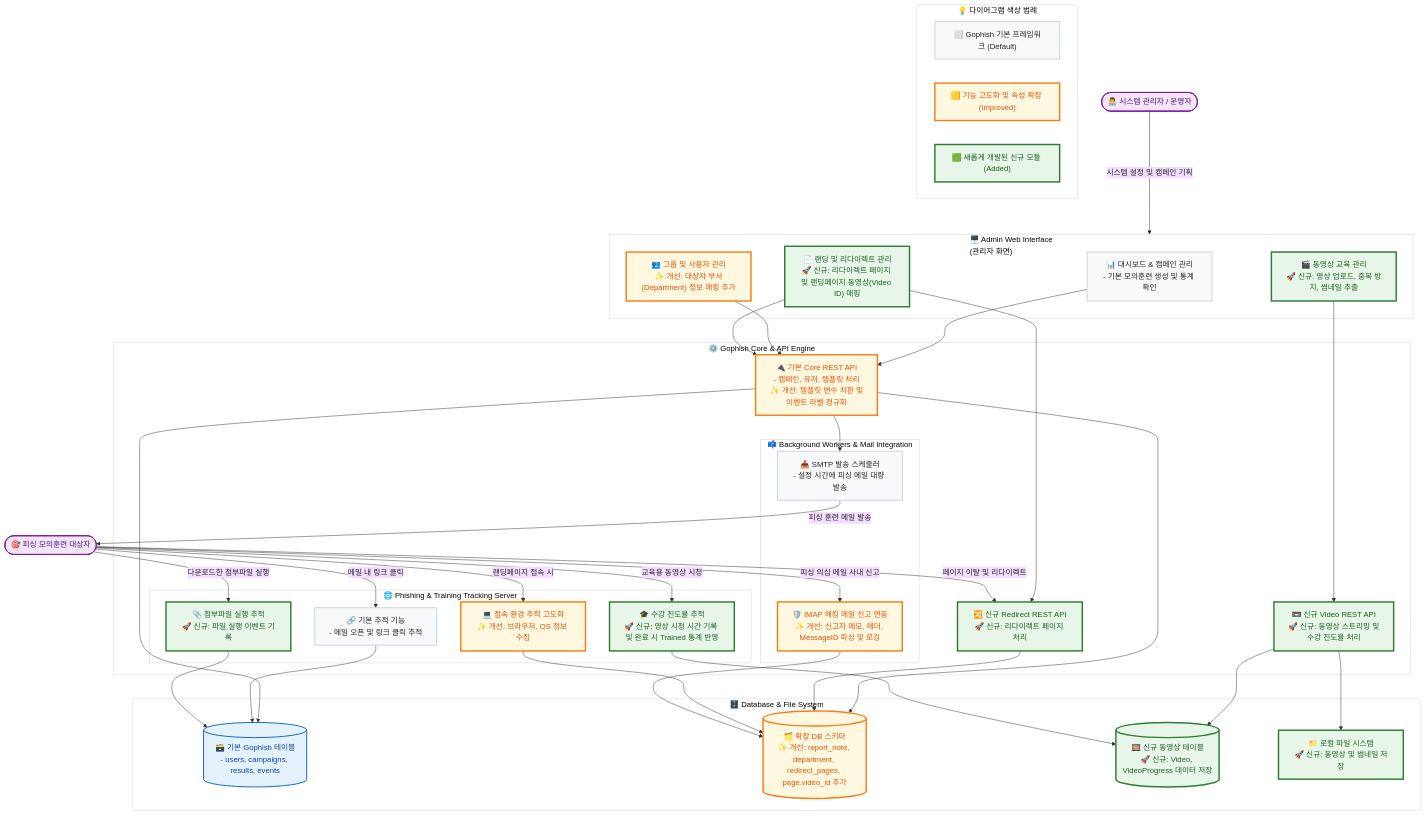
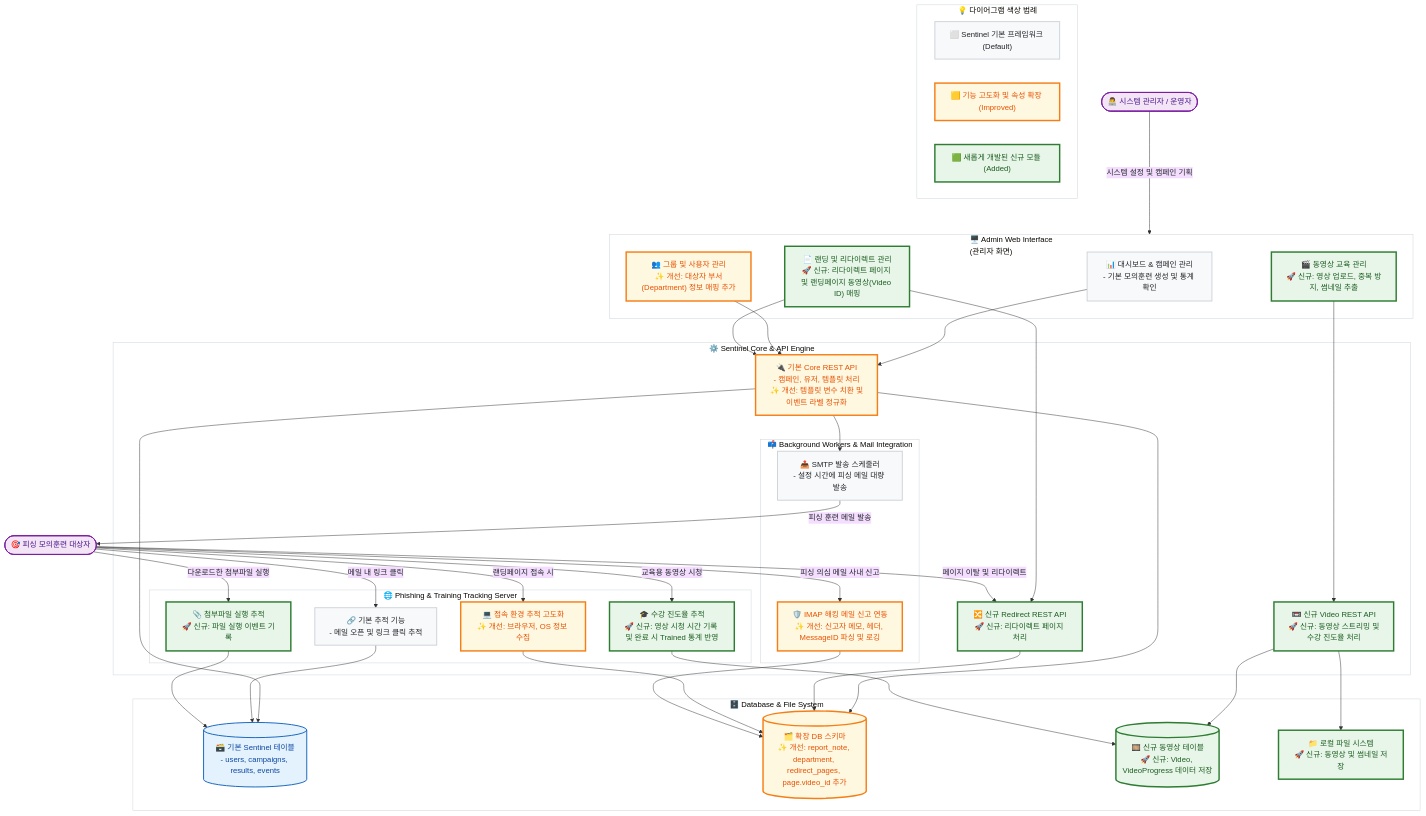
Before and after one commit to AegisAX/AegisCampus: the diagram in architecture.mmd, drawn with Mermaid. The commit also changed 4 other files, not shown here.

```diff
--- a/architecture.mmd
+++ b/architecture.mmd
@@ -1,78 +1,78 @@
 %%{init: {'theme': 'base', 'themeVariables': {'background': 'transparent', 'lineColor': '#333333', 'primaryTextColor': '#212529', 'clusterBkg': 'transparent', 'clusterBorder': '#ced4da'}}}%%
 graph TB
     classDef base fill:#f8f9fa,stroke:#ced4da,stroke-width:2px,color:#212529
     classDef added fill:#e8f5e9,stroke:#2e7d32,stroke-width:3px,color:#1b5e20
     classDef improved fill:#fff8e1,stroke:#f57f17,stroke-width:3px,color:#e65100
     classDef storage fill:#e3f2fd,stroke:#1565c0,stroke-width:2px,color:#0d47a1
     classDef actor fill:#f3e5f5,stroke:#7b1fa2,stroke-width:2px,color:#4a148c
 
     Admin(["👨‍💻 시스템 관리자 / 운영자"]):::actor
     Target(["🎯 피싱 모의훈련 대상자"]):::actor
 
     subgraph Admin_UI ["🖥️ Admin Web Interface<br/>(관리자 화면)"]
         UI_Camp["📊 대시보드 & 캠페인 관리<br/>- 기본 모의훈련 생성 및 통계 확인"]:::base
         UI_Target["👥 그룹 및 사용자 관리<br/>✨ 개선: 대상자 부서(Department) 정보 매핑 추가"]:::improved
         UI_Video["🎬 동영상 교육 관리<br/>🚀 신규: 영상 업로드, 중복 방지, 썸네일 추출"]:::added
         UI_Page["📄 랜딩 및 리다이렉트 관리<br/>🚀 신규: 리다이렉트 페이지 및 랜딩페이지 동영상(Video ID) 매핑"]:::added
     end
 
-    subgraph Backend_Core ["⚙️ Gophish Core & API Engine"]
+    subgraph Backend_Core ["⚙️ Sentinel Core & API Engine"]
         API_Main["🔌 기본 Core REST API<br/>- 캠페인, 유저, 템플릿 처리<br/>✨ 개선: 템플릿 변수 치환 및<br/>이벤트 라벨 정규화"]:::improved
         API_Video["📼 신규 Video REST API<br/>🚀 신규: 동영상 스트리밍 및<br/>수강 진도율 처리"]:::added
         API_Redirect["🔀 신규 Redirect REST API<br/>🚀 신규: 리다이렉트 페이지 처리"]:::added
         
         subgraph Tracking_Server ["🌐 Phishing & Training Tracking Server"]
             Track_Base["🔗 기본 추적 기능<br/>- 메일 오픈 및 링크 클릭 추적"]:::base
             Track_Env["💻 접속 환경 추적 고도화<br/>✨ 개선: 브라우저, OS 정보 수집"]:::improved
             Track_Attach["📎 첨부파일 실행 추적<br/>🚀 신규: 파일 실행 이벤트 기록"]:::added
             Track_Train["🎓 수강 진도율 추적<br/>🚀 신규: 영상 시청 시간 기록 및 완료 시 Trained 통계 반영"]:::added
         end
         
         subgraph Background_Workers ["📫 Background Workers & Mail Integration"]
             Worker_SMTP["📤 SMTP 발송 스케줄러<br/>- 설정 시간에 피싱 메일 대량 발송"]:::base
             IMAP_Monitor["🛡️ IMAP 해킹 메일 신고 연동<br/>✨ 개선: 신고자 메모, 헤더, MessageID 파싱 및 로깅"]:::improved
         end
     end
 
     subgraph Storage ["🗄️ Database & File System"]
-        DB_Base[("🗃️ 기본 Gophish 테이블<br/>- users, campaigns, results, events")]:::storage
+        DB_Base[("🗃️ 기본 Sentinel 테이블<br/>- users, campaigns, results, events")]:::storage
         DB_Ext[("🗂️ 확장 DB 스키마<br/>✨ 개선: report_note, department, redirect_pages, page.video_id 추가")]:::improved
         DB_Video[("🎞️ 신규 동영상 테이블<br/>🚀 신규: Video, VideoProgress 데이터 저장")]:::added
         FS_Video["📁 로컬 파일 시스템<br/>🚀 신규: 동영상 및 썸네일 저장"]:::added
     end
 
     subgraph Legend ["💡 다이어그램 색상 범례"]
-        L_Base["⬜ Gophish 기본 프레임워크 (Default)"]:::base
+        L_Base["⬜ Sentinel 기본 프레임워크 (Default)"]:::base
         L_Improved["🟨 기능 고도화 및 속성 확장 (Improved)"]:::improved
         L_Added["🟩 새롭게 개발된 신규 모듈 (Added)"]:::added
     end
 
     Admin -->|"시스템 설정 및 캠페인 기획"| Admin_UI
     UI_Camp --> API_Main
     UI_Target --> API_Main
     UI_Video --> API_Video
     UI_Page --> API_Redirect
     UI_Page --> API_Main
 
     API_Main --> DB_Base
     API_Main --> DB_Ext
     API_Main --> Worker_SMTP
     
     API_Video --> DB_Video
     API_Video --> FS_Video
     
     API_Redirect --> DB_Ext
 
     Worker_SMTP -->|"피싱 훈련 메일 발송"| Target
     Target -->|"메일 내 링크 클릭"| Track_Base
     Target -->|"랜딩페이지 접속 시"| Track_Env
     Target -->|"다운로드한 첨부파일 실행"| Track_Attach
     Target -->|"교육용 동영상 시청"| Track_Train
     Target -->|"피싱 의심 메일 사내 신고"| IMAP_Monitor
     Target -->|"페이지 이탈 및 리다이렉트"| API_Redirect
 
     Track_Base --> DB_Base
     Track_Env --> DB_Ext
     Track_Attach --> DB_Base
     Track_Train --> DB_Video
     IMAP_Monitor --> DB_Ext
```
